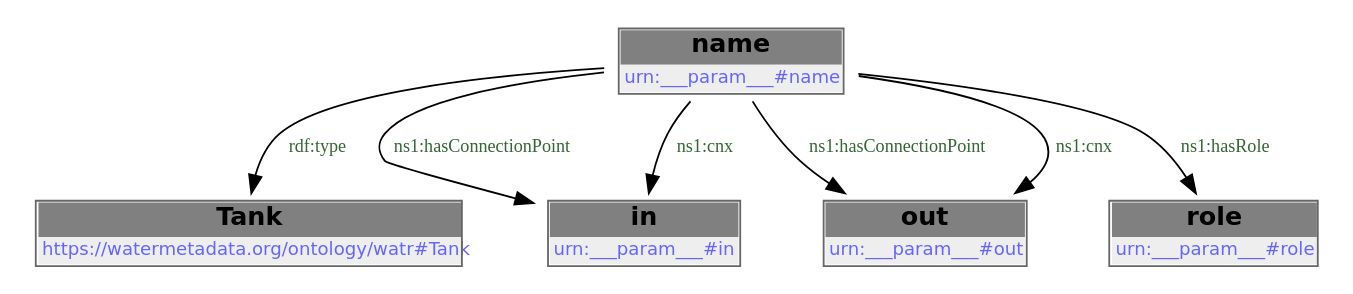
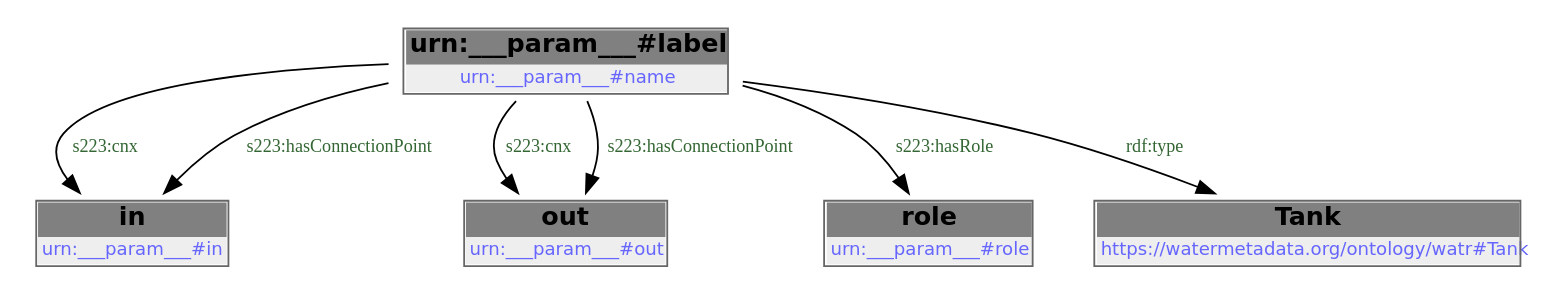
One commit to DataDrivenCPS/water-ontology changed the diagram in docs/libraries/templates/bladder.rst. Above: the diagram before and after it, drawn with Graphviz. The commit also changed other lines of this file and 83 other files, not shown here.

```diff
--- a/docs/libraries/templates/bladder.rst
+++ b/docs/libraries/templates/bladder.rst
@@ -82,16 +82,21 @@
-        .. graphviz::
+.. graphviz::
 
-                digraph G {
-            node [fontname="DejaVu Sans"];
-            node0 -> node1 [color=BLACK, label=< <font point-size='10' color='#336633'>rdf:type</font> >];
-            node0 -> node2 [color=BLACK, label=< <font point-size='10' color='#336633'>ns1:hasConnectionPoint</font> >];
-            node0 -> node3 [color=BLACK, label=< <font point-size='10' color='#336633'>ns1:hasConnectionPoint</font> >];
-            node0 -> node4 [color=BLACK, label=< <font point-size='10' color='#336633'>ns1:hasRole</font> >];
-            node0 -> node2 [color=BLACK, label=< <font point-size='10' color='#336633'>ns1:cnx</font> >];
-            node0 -> node3 [color=BLACK, label=< <font point-size='10' color='#336633'>ns1:cnx</font> >];
-            node0 [shape=none, color=black, label=< <table color='#666666' cellborder='0' cellspacing='0' border='1'><tr><td colspan='2' bgcolor='grey'><B>name</B></td></tr><tr><td href='urn:___param___#name' bgcolor='#eeeeee' colspan='2'><font point-size='10' color='#6666ff'>urn:___param___#name</font></td></tr></table> >];
-            node1 [shape=none, color=black, label=< <table color='#666666' cellborder='0' cellspacing='0' border='1'><tr><td colspan='2' bgcolor='grey'><B>Tank</B></td></tr><tr><td href='https://watermetadata.org/ontology/watr#Tank' bgcolor='#eeeeee' colspan='2'><font point-size='10' color='#6666ff'>https://watermetadata.org/ontology/watr#Tank</font></td></tr></table> >];
-            node2 [shape=none, color=black, label=< <table color='#666666' cellborder='0' cellspacing='0' border='1'><tr><td colspan='2' bgcolor='grey'><B>in</B></td></tr><tr><td href='urn:___param___#in' bgcolor='#eeeeee' colspan='2'><font point-size='10' color='#6666ff'>urn:___param___#in</font></td></tr></table> >];
-            node3 [shape=none, color=black, label=< <table color='#666666' cellborder='0' cellspacing='0' border='1'><tr><td colspan='2' bgcolor='grey'><B>out</B></td></tr><tr><td href='urn:___param___#out' bgcolor='#eeeeee' colspan='2'><font point-size='10' color='#6666ff'>urn:___param___#out</font></td></tr></table> >];
-            node4 [shape=none, color=black, label=< <table color='#666666' cellborder='0' cellspacing='0' border='1'><tr><td colspan='2' bgcolor='grey'><B>role</B></td></tr><tr><td href='urn:___param___#role' bgcolor='#eeeeee' colspan='2'><font point-size='10' color='#6666ff'>urn:___param___#role</font></td></tr></table> >];
-            }
+    digraph {
+     node [ fontname="DejaVu Sans" ] ;
+        node0 -> node1 [ color=BLACK, label=< <font point-size='10' color='#336633'>s223:cnx</font> > ] ;
+        node0 -> node2 [ color=BLACK, label=< <font point-size='10' color='#336633'>s223:cnx</font> > ] ;
+        node0 -> node1 [ color=BLACK, label=< <font point-size='10' color='#336633'>s223:hasConnectionPoint</font> > ] ;
+        node0 -> node2 [ color=BLACK, label=< <font point-size='10' color='#336633'>s223:hasConnectionPoint</font> > ] ;
+        node0 -> node3 [ color=BLACK, label=< <font point-size='10' color='#336633'>s223:hasRole</font> > ] ;
+        node0 -> node4 [ color=BLACK, label=< <font point-size='10' color='#336633'>rdf:type</font> > ] ;
+    # urn:___param___#name node0
+    node0 [ shape=none, color=black label=< <table color='#666666' cellborder='0' cellspacing='0' border='1'><tr><td colspan='2' bgcolor='grey'><B>urn:___param___#label</B></td></tr><tr><td href='urn:___param___#name' bgcolor='#eeeeee' colspan='2'><font point-size='10' color='#6666ff'>urn:___param___#name</font></td></tr></table> > ]
+    # urn:___param___#in node1
+    node1 [ shape=none, color=black label=< <table color='#666666' cellborder='0' cellspacing='0' border='1'><tr><td colspan='2' bgcolor='grey'><B>in</B></td></tr><tr><td href='urn:___param___#in' bgcolor='#eeeeee' colspan='2'><font point-size='10' color='#6666ff'>urn:___param___#in</font></td></tr></table> > ]
+    # urn:___param___#out node2
+    node2 [ shape=none, color=black label=< <table color='#666666' cellborder='0' cellspacing='0' border='1'><tr><td colspan='2' bgcolor='grey'><B>out</B></td></tr><tr><td href='urn:___param___#out' bgcolor='#eeeeee' colspan='2'><font point-size='10' color='#6666ff'>urn:___param___#out</font></td></tr></table> > ]
+    # urn:___param___#role node3
+    node3 [ shape=none, color=black label=< <table color='#666666' cellborder='0' cellspacing='0' border='1'><tr><td colspan='2' bgcolor='grey'><B>role</B></td></tr><tr><td href='urn:___param___#role' bgcolor='#eeeeee' colspan='2'><font point-size='10' color='#6666ff'>urn:___param___#role</font></td></tr></table> > ]
+    # https://watermetadata.org/ontology/watr#Tank node4
+    node4 [ shape=none, color=black label=< <table color='#666666' cellborder='0' cellspacing='0' border='1'><tr><td colspan='2' bgcolor='grey'><B>Tank</B></td></tr><tr><td href='https://watermetadata.org/ontology/watr#Tank' bgcolor='#eeeeee' colspan='2'><font point-size='10' color='#6666ff'>https://watermetadata.org/ontology/watr#Tank</font></td></tr></table> > ]
+    }
```
